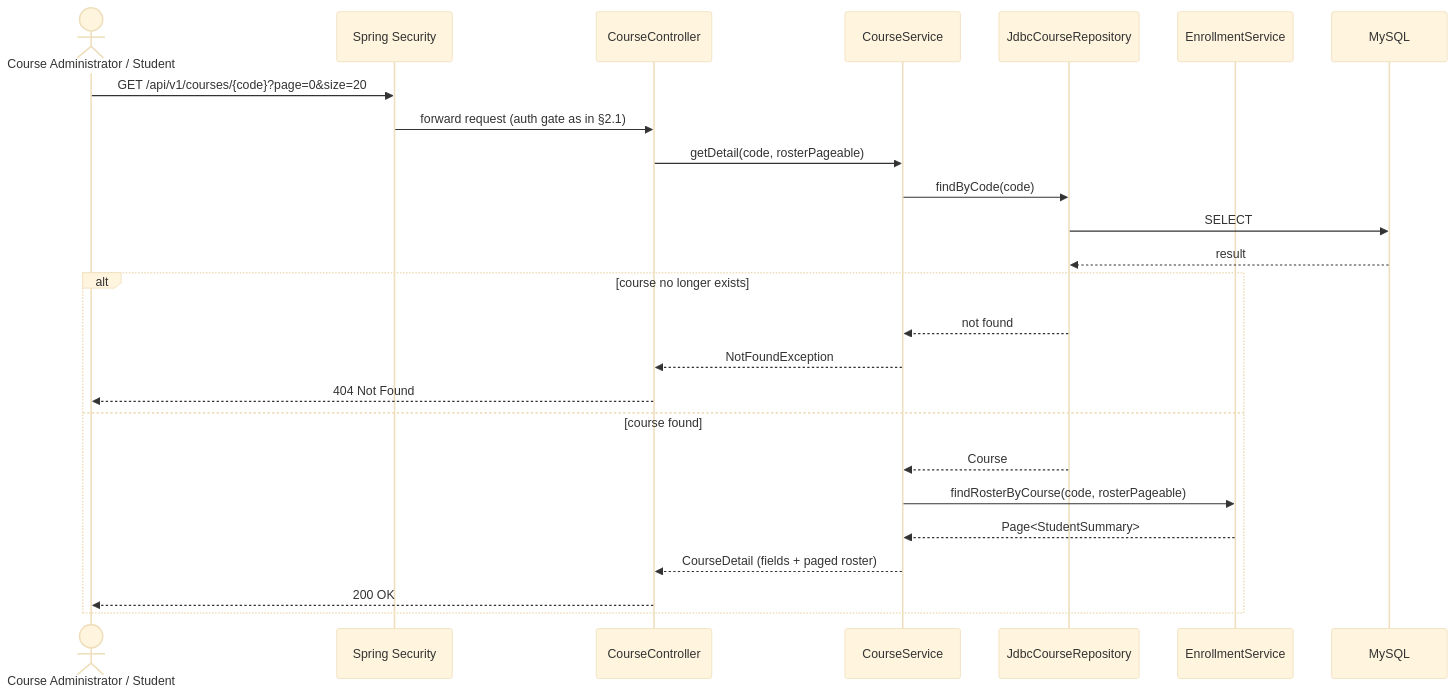
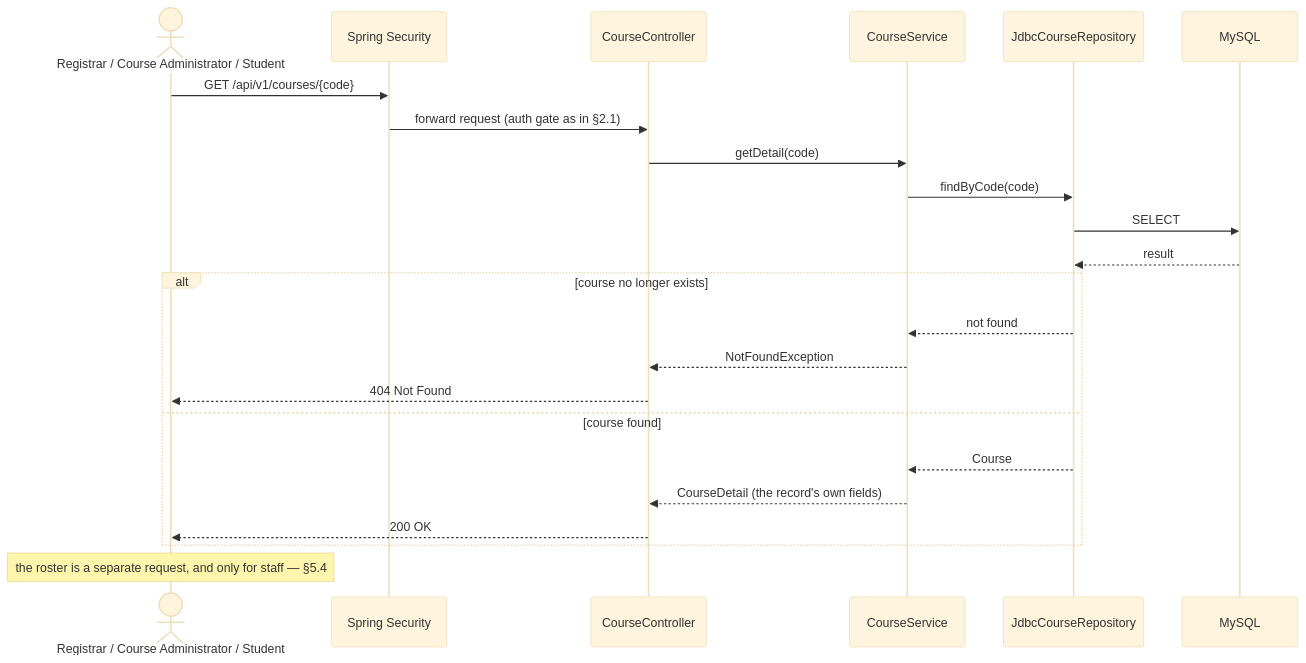
One commit to phuchoang2005/Student-Management-System changed diagram 16 of 23 in docs/SA-docs/03-sequence-diagrams.md. Above: the diagram before and after it, drawn with Mermaid (base theme). The commit also changed other lines of this file and 241 other files, not shown here.

````diff
--- a/docs/SA-docs/03-sequence-diagrams.md
+++ b/docs/SA-docs/03-sequence-diagrams.md
@@ -604,28 +610,26 @@
 ```mermaid
 sequenceDiagram
-    actor Caller as Course Administrator / Student
+    actor Caller as Registrar / Course Administrator / Student
     participant Sec as Spring Security
     participant Ctrl as CourseController
     participant Svc as CourseService
     participant Repo as JdbcCourseRepository
-    participant EnrollSvc as EnrollmentService
     participant DB as MySQL
 
-    Caller->>Sec: GET /api/v1/courses/{code}?page=0&size=20
+    Caller->>Sec: GET /api/v1/courses/{code}
     Sec->>Ctrl: forward request (auth gate as in §2.1)
-    Ctrl->>Svc: getDetail(code, rosterPageable)
+    Ctrl->>Svc: getDetail(code)
     Svc->>Repo: findByCode(code)
     Repo->>DB: SELECT
     DB-->>Repo: result
     alt course no longer exists
         Repo-->>Svc: not found
         Svc-->>Ctrl: NotFoundException
         Ctrl-->>Caller: 404 Not Found
     else course found
         Repo-->>Svc: Course
-        Svc->>EnrollSvc: findRosterByCourse(code, rosterPageable)
-        EnrollSvc-->>Svc: Page<StudentSummary>
-        Svc-->>Ctrl: CourseDetail (fields + paged roster)
+        Svc-->>Ctrl: CourseDetail (the record's own fields)
         Ctrl-->>Caller: 200 OK
     end
+    Note over Caller: the roster is a separate request, and only for staff — §5.4
 ```
````
